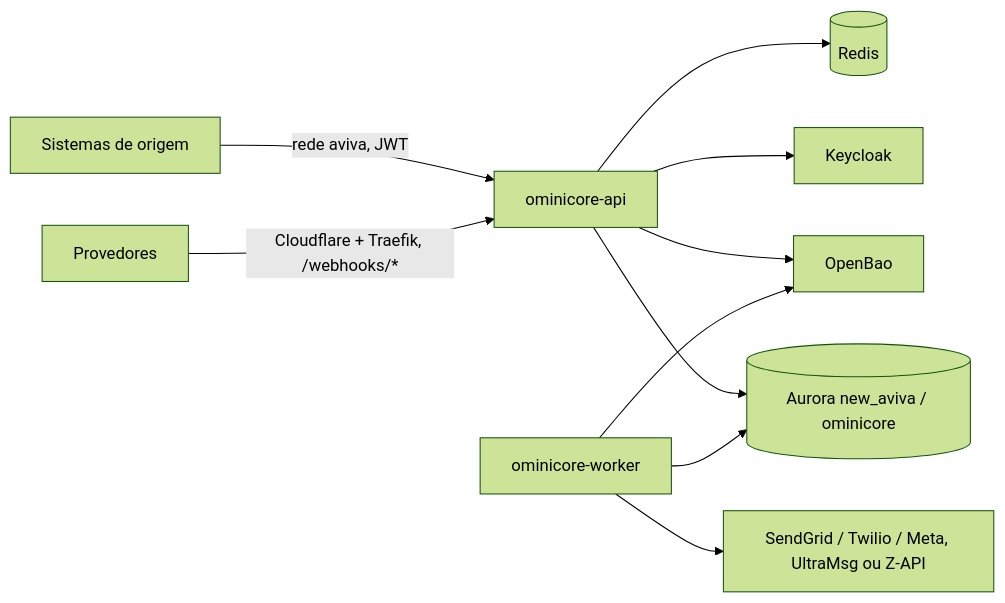
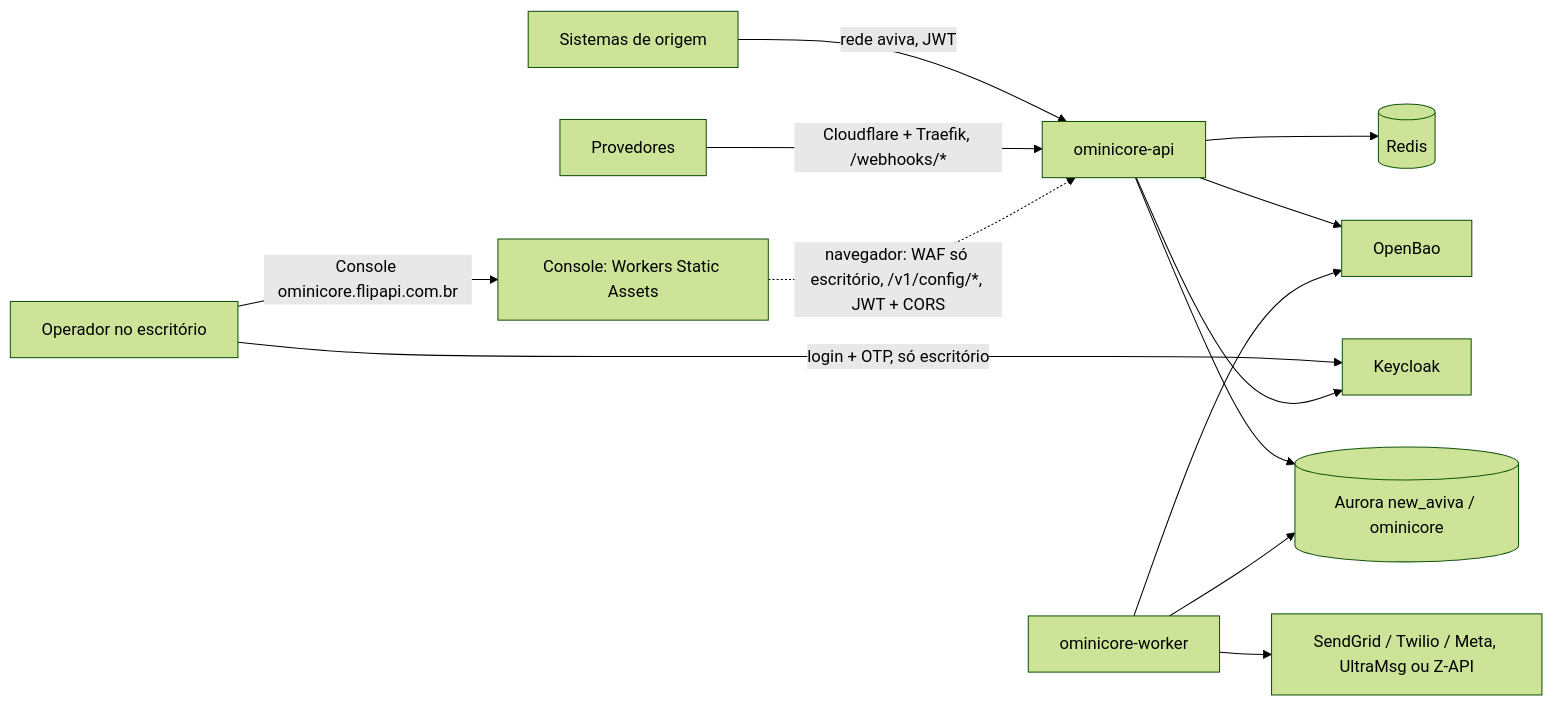
One commit to mauriciomiwa/ominicore-service changed the diagram in DOC/Infra/infraestrutura.md. Above: the diagram before and after it, drawn with Mermaid (forest theme). The commit also changed other lines of this file and 212 other files, not shown here.

First line of the commit message:
Fatia 11 (11-console-operador): Console do Operador

````diff
--- a/DOC/Infra/infraestrutura.md
+++ b/DOC/Infra/infraestrutura.md
@@ -69,11 +70,14 @@
 ```mermaid
 graph LR
   S[Sistemas de origem] -->|rede aviva, JWT| API[ominicore-api]
   P[Provedores] -->|Cloudflare + Traefik, /webhooks/*| API
+  O[Operador no escritório] -->|Console ominicore.flipapi.com.br| C[Console: Workers Static Assets]
+  O -->|login + OTP, só escritório| KC
+  C -.->|navegador: WAF só escritório, /v1/config/*, JWT + CORS| API
   API --> PG[(Aurora new_aviva / ominicore)]
   W[ominicore-worker] --> PG
   W --> SG[SendGrid / Twilio / Meta, UltraMsg ou Z-API]
   API & W --> BAO[OpenBao]
   API --> KC[Keycloak]
   API --> RD[(Redis)]
 ```
````
